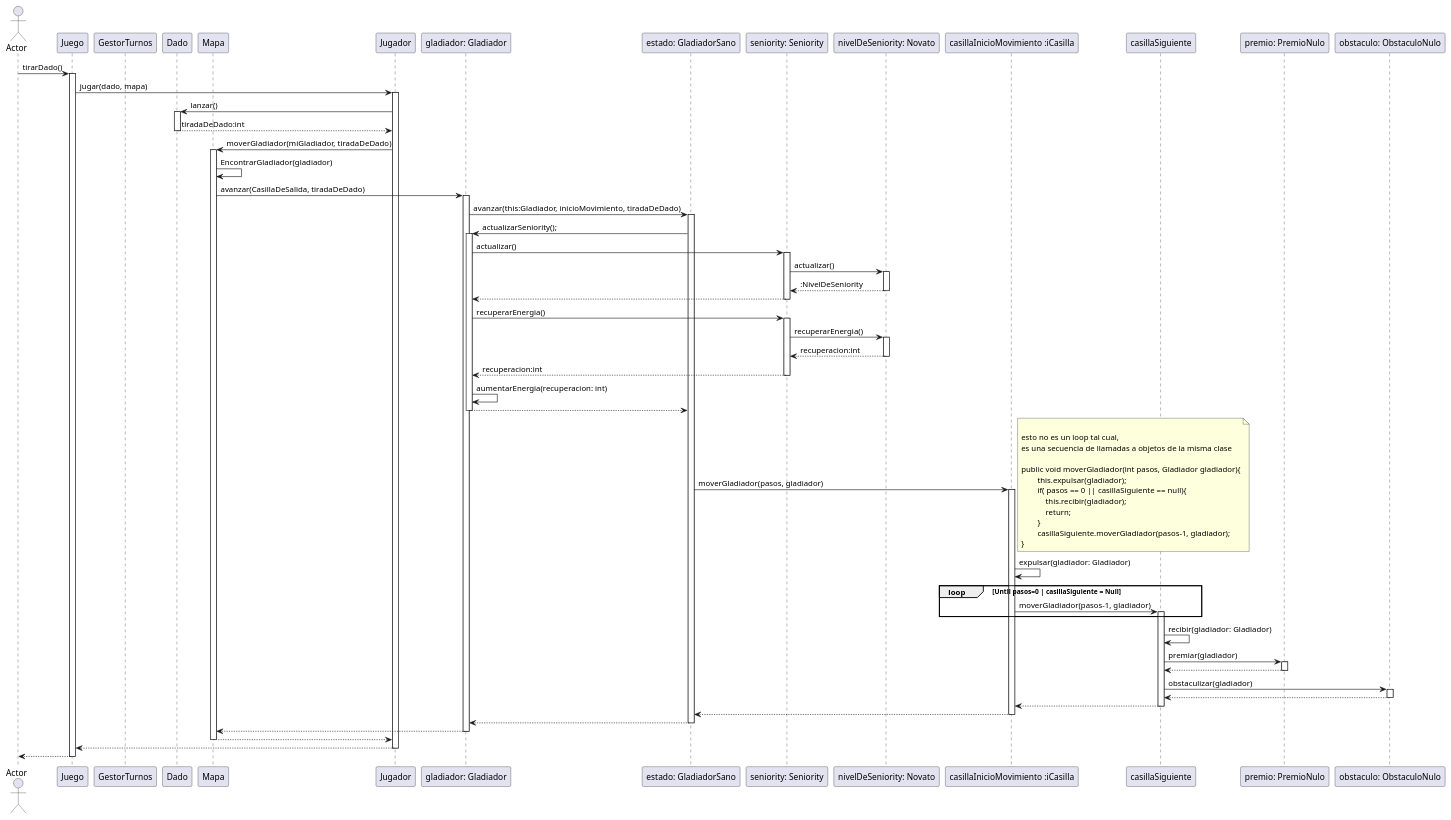
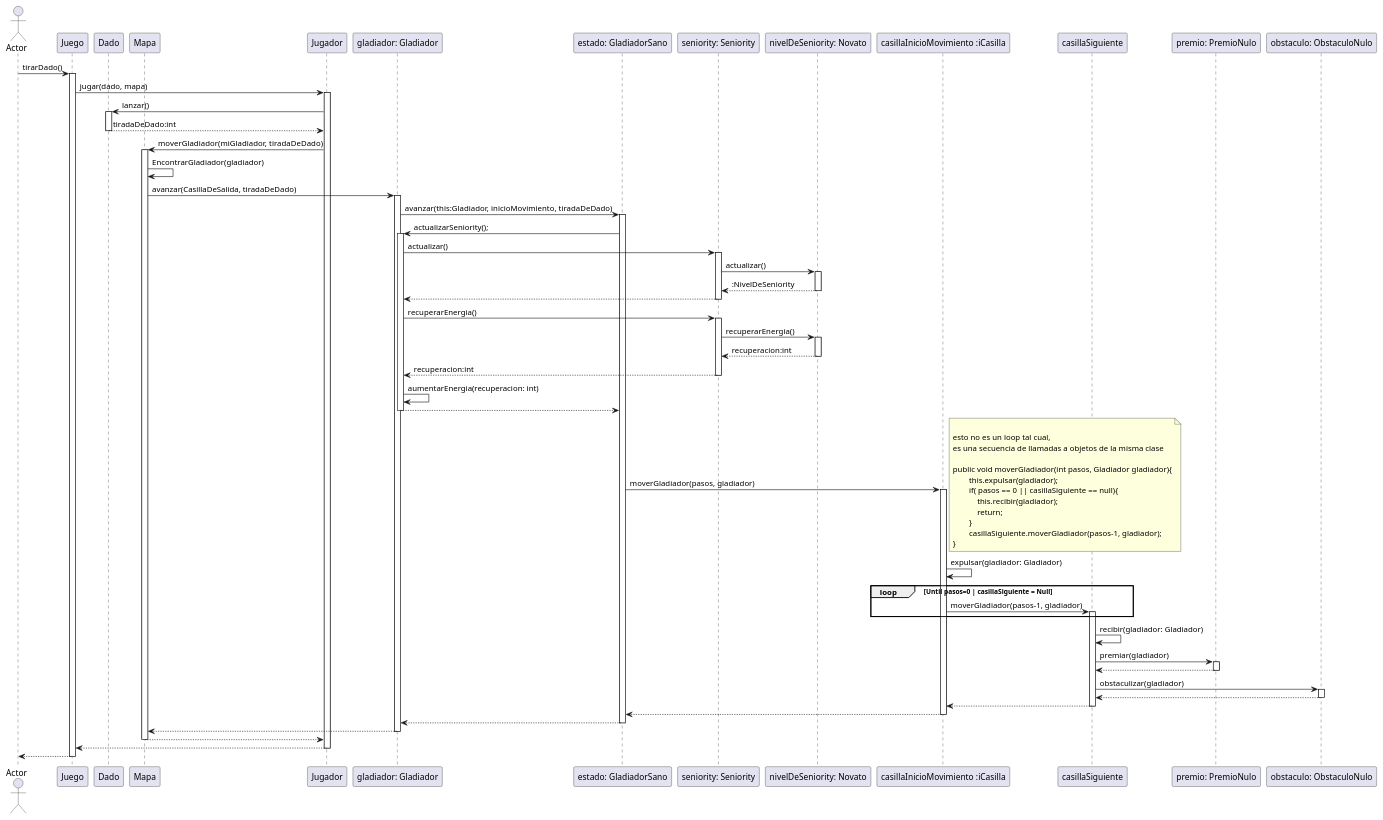
The diagram in diagrams/sequences/InicioPartidaYJuegaUnTurno.puml (mcumskov/Algo3_tp2), drawn with PlantUML before and after one commit. The commit also changed 8 other files, not shown here.

```diff
--- a/diagrams/sequences/InicioPartidaYJuegaUnTurno.puml
+++ b/diagrams/sequences/InicioPartidaYJuegaUnTurno.puml
@@ -1,99 +1,98 @@
 @startuml
 actor Actor
 participant Juego
-participant GestorTurnos
 participant Dado
 participant Mapa
 participant Jugador
 
 Actor -> Juego: tirarDado()
 activate Juego
     Juego -> Jugador: jugar(dado, mapa)
     activate Jugador
     Jugador -> Dado: lanzar()
     activate Dado
     Dado --> Jugador: tiradaDeDado:int
 
     deactivate Dado
 
     Jugador -> Mapa: moverGladiador(miGladiador, tiradaDeDado)
     activate Mapa
     Mapa -> Mapa: EncontrarGladiador(gladiador)
     Mapa -> "gladiador: Gladiador":avanzar(CasillaDeSalida, tiradaDeDado)
     activate "gladiador: Gladiador"
     "gladiador: Gladiador" -> "estado: GladiadorSano": avanzar(this:Gladiador, inicioMovimiento, tiradaDeDado)
     activate "estado: GladiadorSano"
     "estado: GladiadorSano" -> "gladiador: Gladiador": actualizarSeniority();
     activate "gladiador: Gladiador"
     "gladiador: Gladiador" -> "seniority: Seniority":actualizar()
     activate "seniority: Seniority"
     "seniority: Seniority" -> "nivelDeSeniority: Novato":actualizar()
     activate "nivelDeSeniority: Novato"
     "nivelDeSeniority: Novato" --> "seniority: Seniority": :NivelDeSeniority
     deactivate "nivelDeSeniority: Novato"
     "seniority: Seniority" --> "gladiador: Gladiador"
     deactivate "seniority: Seniority"
     "gladiador: Gladiador" -> "seniority: Seniority":recuperarEnergia()
    activate "seniority: Seniority"
     "seniority: Seniority" -> "nivelDeSeniority: Novato":recuperarEnergia()
      activate "nivelDeSeniority: Novato"
     "nivelDeSeniority: Novato" --> "seniority: Seniority": recuperacion:int
     deactivate "nivelDeSeniority: Novato"
     "seniority: Seniority" --> "gladiador: Gladiador": recuperacion:int
     deactivate "seniority: Seniority"
     "gladiador: Gladiador" -> "gladiador: Gladiador": aumentarEnergia(recuperacion: int)
 
     "gladiador: Gladiador" --> "estado: GladiadorSano"
     deactivate "gladiador: Gladiador"
 
     "estado: GladiadorSano" -> "casillaInicioMovimiento :iCasilla": moverGladiador(pasos, gladiador)
 
     activate "casillaInicioMovimiento :iCasilla"
 
     note right
 
     esto no es un loop tal cual,
     es una secuencia de llamadas a objetos de la misma clase
 
     public void moverGladiador(int pasos, Gladiador gladiador){
             this.expulsar(gladiador);
             if( pasos == 0 || casillaSiguiente == null){
                 this.recibir(gladiador);
                 return;
             }
             casillaSiguiente.moverGladiador(pasos-1, gladiador);
     }
     end note
     "casillaInicioMovimiento :iCasilla" -> "casillaInicioMovimiento :iCasilla": expulsar(gladiador: Gladiador)
     loop Until pasos=0 | casillaSiguiente = Null
      "casillaInicioMovimiento :iCasilla" -> casillaSiguiente :moverGladiador(pasos-1, gladiador)
     activate casillaSiguiente
     end
     casillaSiguiente -> casillaSiguiente: recibir(gladiador: Gladiador)
     casillaSiguiente -> "premio: PremioNulo" : premiar(gladiador)
     activate "premio: PremioNulo"
     "premio: PremioNulo" --> casillaSiguiente
     deactivate "premio: PremioNulo"
     casillaSiguiente -> "obstaculo: ObstaculoNulo" : obstaculizar(gladiador)
     activate "obstaculo: ObstaculoNulo"
     "obstaculo: ObstaculoNulo" --> casillaSiguiente
     deactivate "obstaculo: ObstaculoNulo"
     casillaSiguiente --> "casillaInicioMovimiento :iCasilla":
     deactivate casillaSiguiente
 
     "casillaInicioMovimiento :iCasilla" --> "estado: GladiadorSano"
     deactivate "casillaInicioMovimiento :iCasilla"
     "estado: GladiadorSano" --> "gladiador: Gladiador"
     deactivate "estado: GladiadorSano"
     "gladiador: Gladiador" --> Mapa
     deactivate "gladiador: Gladiador"
 
     Mapa --> Jugador
     deactivate Mapa
 
     Jugador--> Juego
     deactivate Jugador
     Juego --> Actor
     deactivate Juego
 
 @enduml
```
